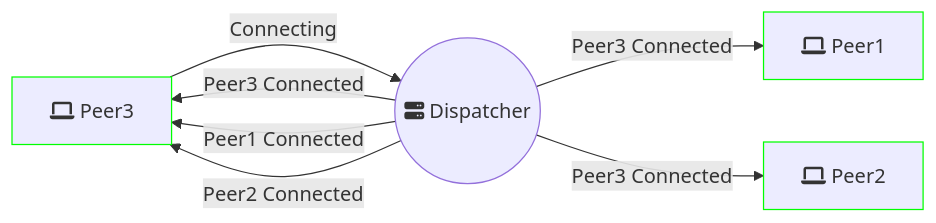
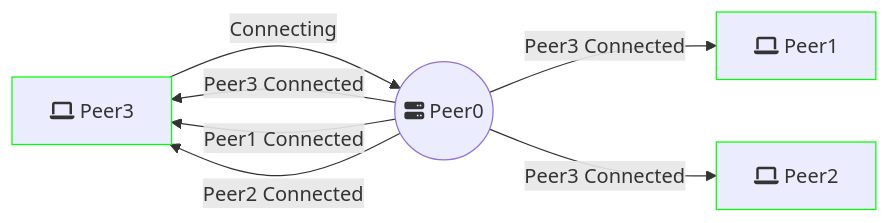
One commit to gr3gdev/rudp2p changed the third of 6 diagrams in tests/peer.md. Above: the diagram before and after it, drawn with Mermaid. The commit also changed other lines of this file and 3 other files, not shown here.

````diff
--- a/tests/peer.md
+++ b/tests/peer.md
@@ -26,12 +26,12 @@
 ```mermaid
 flowchart LR
   classDef peer stroke:#0f0;
   
-  P3[fa:fa-laptop Peer3]:::peer --Connecting--> B((fa:fa-server Dispatcher))
+  P3[fa:fa-laptop Peer3]:::peer --Connecting--> B((fa:fa-server Peer0))
   
   B --Peer3 Connected--> P1[fa:fa-laptop Peer1]:::peer
   B --Peer3 Connected--> P2[fa:fa-laptop Peer2]:::peer
   B --Peer3 Connected--> P3
   B --Peer1 Connected--> P3
   B --Peer2 Connected--> P3
 ```
````
